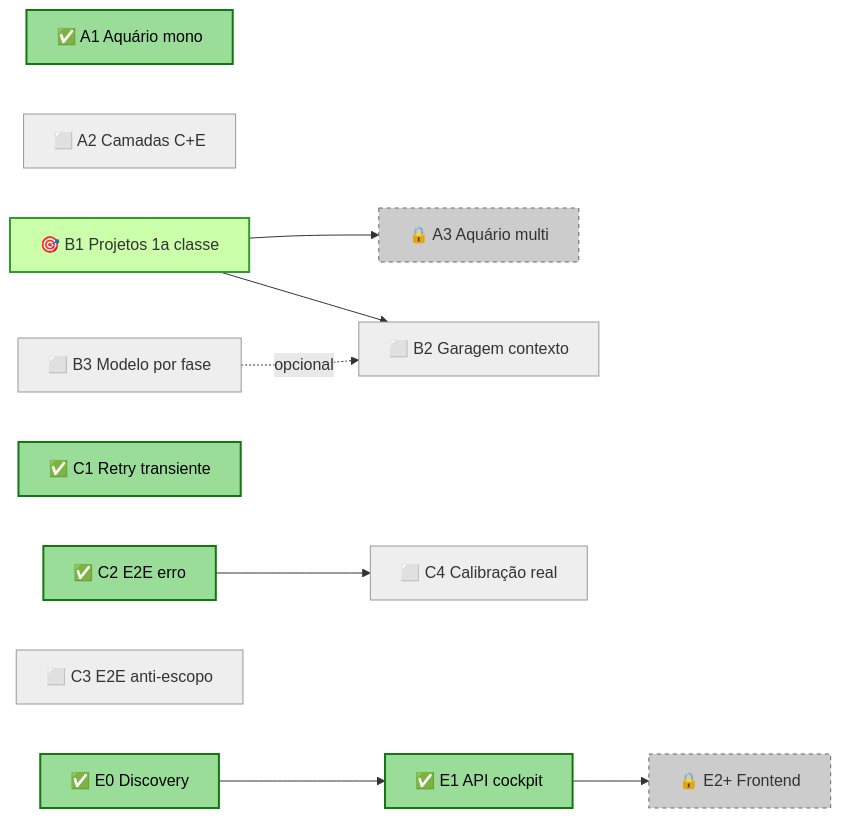
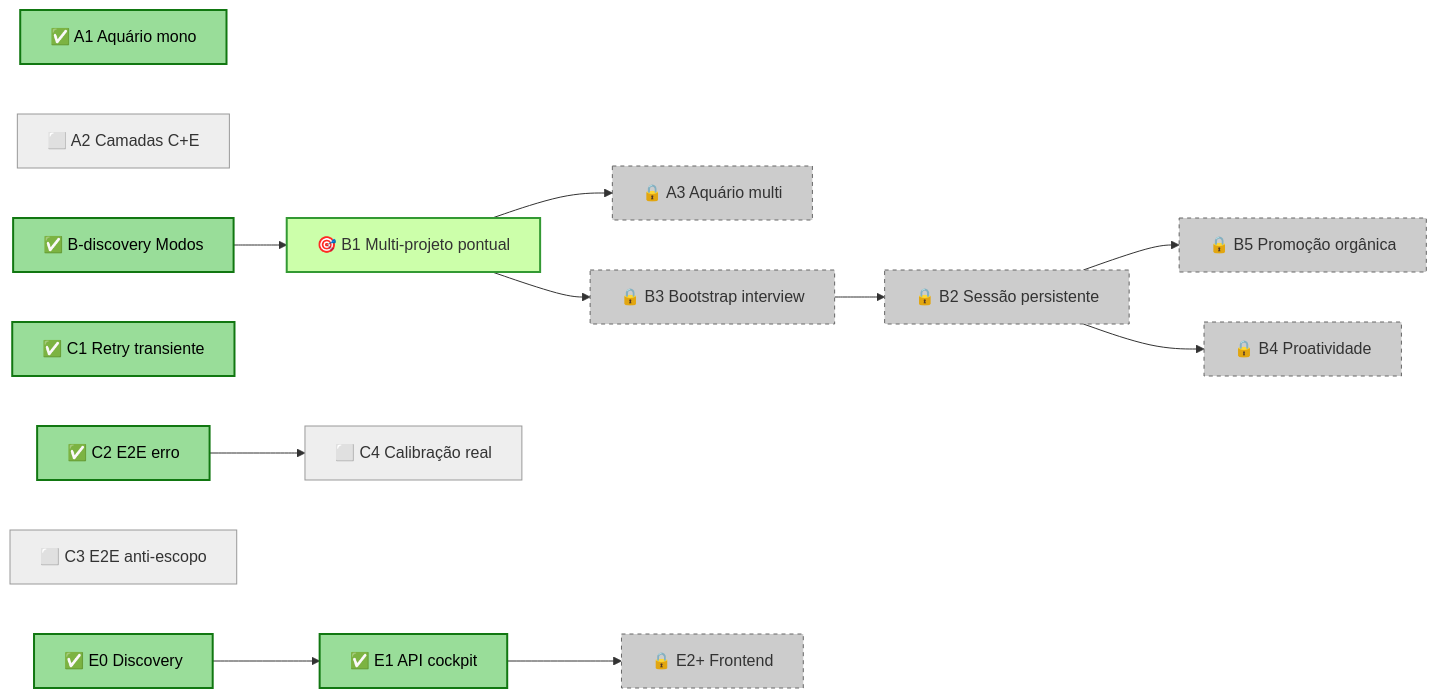
The fourth of 4 diagrams in docs/arvore.md (x-force-42/mmb-core), drawn with Mermaid before and after one commit. The commit also changed other lines of this file and 4 other files, not shown here.

````diff
--- a/docs/arvore.md
+++ b/docs/arvore.md
@@ -210,34 +226,40 @@
 ```mermaid
 flowchart LR
   classDef ready  fill:#cfa,stroke:#393,stroke-width:2px
   classDef done   fill:#9d9,stroke:#171,stroke-width:2px,color:#000
   classDef wip    fill:#ffe680,stroke:#cc9900,stroke-width:2px,color:#000
   classDef todo   fill:#eee,stroke:#999
   classDef locked fill:#ccc,stroke:#666,stroke-dasharray:4
 
   A1[✅ A1 Aquário mono]:::done
   A2[⬜ A2 Camadas C+E]:::todo
   A3[🔒 A3 Aquário multi]:::locked
 
-  B1[🎯 B1 Projetos 1a classe]:::ready
-  B2[⬜ B2 Garagem contexto]:::todo
-  B3[⬜ B3 Modelo por fase]:::todo
+  Bd[✅ B-discovery Modos]:::done
+  B1[🎯 B1 Multi-projeto pontual]:::ready
+  B3[🔒 B3 Bootstrap interview]:::locked
+  B2[🔒 B2 Sessão persistente]:::locked
+  B5[🔒 B5 Promoção orgânica]:::locked
+  B4[🔒 B4 Proatividade]:::locked
+
+  Bd --> B1
+  B1 --> B3
+  B3 --> B2
+  B2 --> B5
+  B2 --> B4
 
   C1[✅ C1 Retry transiente]:::done
   C2[✅ C2 E2E erro]:::done
   C3[⬜ C3 E2E anti-escopo]:::todo
   C4[⬜ C4 Calibração real]:::todo
 
   E0[✅ E0 Discovery]:::done
   E1[✅ E1 API cockpit]:::done
   E2[🔒 E2+ Frontend]:::locked
 
   E0 --> E1
   E1 --> E2
 
   B1 --> A3
-  B1 --> B2
   C2 --> C4
-
-  B3 -.opcional.-> B2
 ```
````
